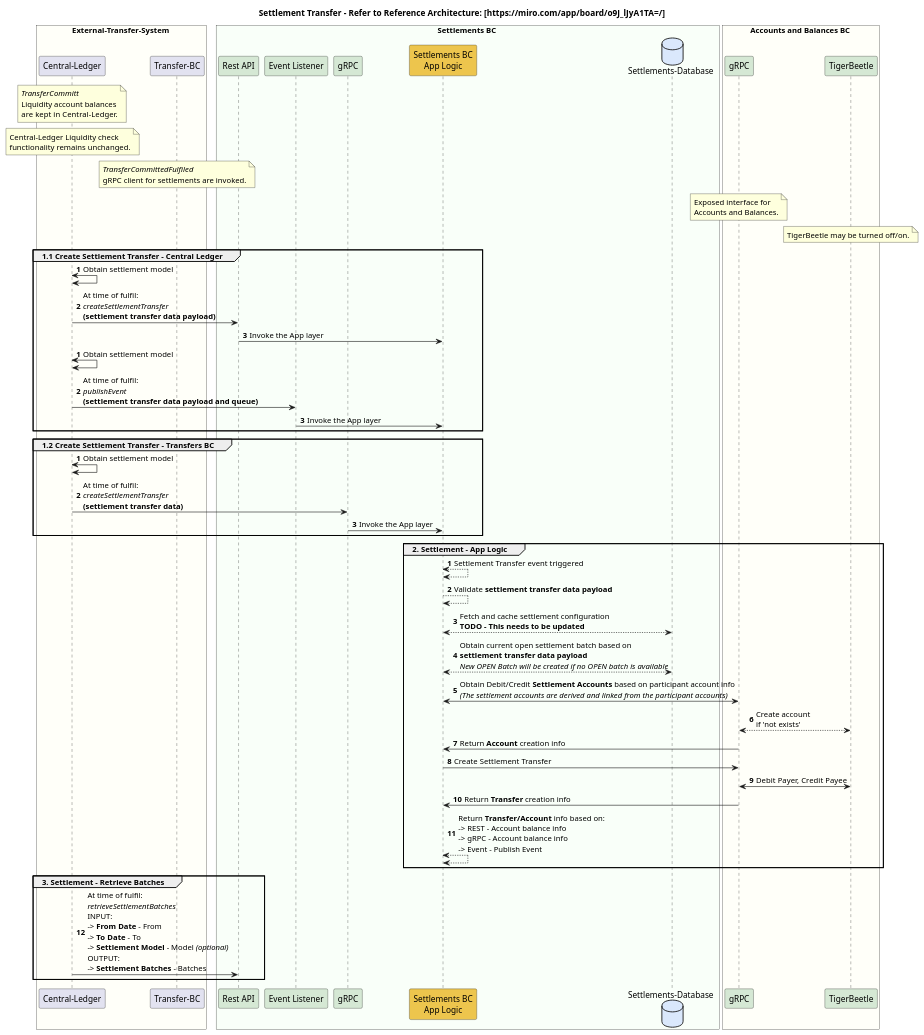
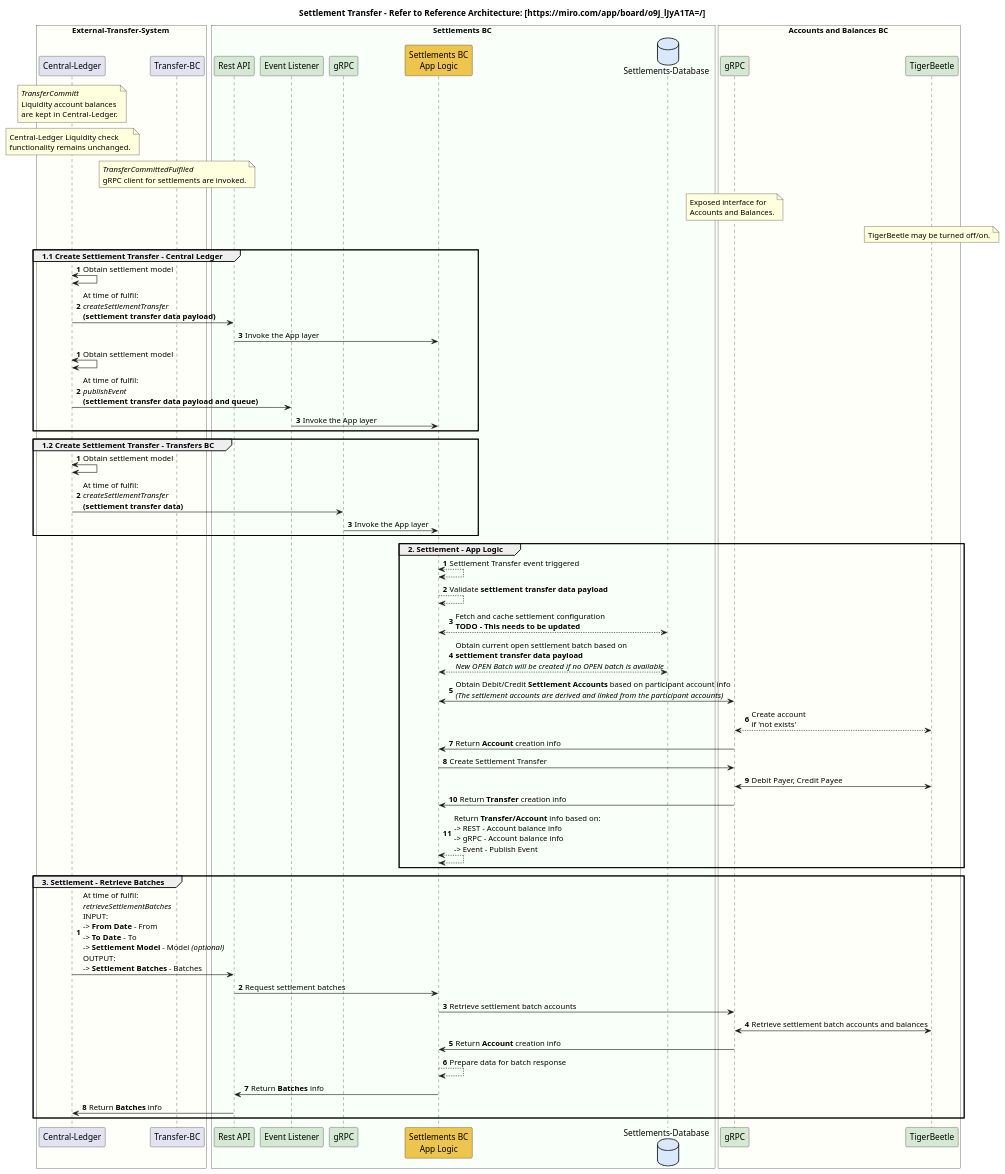
The diagram in docs/flows/01-settlement-transfer.puml (mojaloop/settlements-bc), drawn with PlantUML before and after one commit. The commit also changed 1 other file, not shown here.

Commit message:
Flows dreft final for now

```diff
--- a/docs/flows/01-settlement-transfer.puml
+++ b/docs/flows/01-settlement-transfer.puml
@@ -1,82 +1,90 @@
 @startuml
 
 title Settlement Transfer - Refer to Reference Architecture: [https://miro.com/app/board/o9J_lJyA1TA=/]
 
 box External-Transfer-System #FFFFF9
     participant "Central-Ledger" as ext_cl
     note over ext_cl
         //TransferCommitt//
         Liquidity account balances
         are kept in Central-Ledger.
     end note
     note over ext_cl
         Central-Ledger Liquidity check
         functionality remains unchanged.
     end note
     participant "Transfer-BC" as ext_transfers_bc
     note over ext_transfers_bc
         //TransferCommittedFulfiled//
         gRPC client for settlements are invoked.
     end note
 end box
 
 box Settlements BC #F9FFF9
 	participant "Rest API" as sbc_rest #D5E8D4
 	participant "Event Listener" as sbc_event #D5E8D4
 	participant "gRPC" as sbc_grpc #D5E8D4
 	participant "Settlements BC\nApp Logic" as sbc_app_logic #EDC54D
 	database "Settlements-Database" as sbc_db #DAE8FC
 end box
 
 box Accounts and Balances BC #FFFFF9
     participant "gRPC" as abbc_grpc #D5E8D4
     participant "TigerBeetle" as abbc_tigerbeetle #D5E8D4
     note over abbc_grpc
         Exposed interface for
         Accounts and Balances.
     end note
     note over abbc_tigerbeetle
         TigerBeetle may be turned off/on.
     end note
 end box
 
 group 1.1 Create Settlement Transfer - Central Ledger
 autonumber
     ext_cl <-> ext_cl : Obtain settlement model
     ext_cl -> sbc_rest : At time of fulfil:\n//createSettlementTransfer// \n**(settlement transfer data payload)**
     sbc_rest -> sbc_app_logic : Invoke the App layer
 autonumber
     ext_cl <-> ext_cl : Obtain settlement model
     ext_cl -> sbc_event : At time of fulfil:\n//publishEvent// \n**(settlement transfer data payload and queue)**
     sbc_event -> sbc_app_logic : Invoke the App layer
 end
 
 group 1.2 Create Settlement Transfer - Transfers BC
 autonumber
     ext_cl <-> ext_cl : Obtain settlement model
     ext_cl -> sbc_grpc : At time of fulfil:\n//createSettlementTransfer// \n**(settlement transfer data)**
     sbc_grpc -> sbc_app_logic : Invoke the App layer
 end
 
 group 2. Settlement - App Logic
 autonumber
     sbc_app_logic <--> sbc_app_logic: Settlement Transfer event triggered
     sbc_app_logic --> sbc_app_logic : Validate **settlement transfer data payload**
     sbc_app_logic <--> sbc_db : Fetch and cache settlement configuration\n**TODO - This needs to be updated**
     sbc_app_logic <--> sbc_db : Obtain current open settlement batch based on \n**settlement transfer data payload**\n//New OPEN Batch will be created if no OPEN batch is available//
     sbc_app_logic <-> abbc_grpc : Obtain Debit/Credit **Settlement Accounts** based on participant account info\n//(The settlement accounts are derived and linked from the participant accounts)//
     abbc_grpc <--> abbc_tigerbeetle : Create account \nif 'not exists'
     abbc_grpc -> sbc_app_logic : Return **Account** creation info
     sbc_app_logic -> abbc_grpc: Create Settlement Transfer
     abbc_grpc <-> abbc_tigerbeetle: Debit Payer, Credit Payee
     abbc_grpc -> sbc_app_logic : Return **Transfer** creation info
     sbc_app_logic <--> sbc_app_logic: Return **Transfer/Account** info based on: \n-> REST - Account balance info\n-> gRPC - Account balance info\n-> Event - Publish Event
 end
 
 group 3. Settlement - Retrieve Batches
+autonumber
     ext_cl -> sbc_rest : At time of fulfil:\n//retrieveSettlementBatches// \nINPUT:\n-> **From Date** - From\n-> **To Date** - To\n-> **Settlement Model** - Model //(optional)//\nOUTPUT:\n-> **Settlement Batches** - Batches
+    sbc_rest -> sbc_app_logic : Request settlement batches
+    sbc_app_logic -> abbc_grpc : Retrieve settlement batch accounts
+    abbc_grpc <-> abbc_tigerbeetle : Retrieve settlement batch accounts and balances
+    abbc_grpc -> sbc_app_logic : Return **Account** creation info
+    sbc_app_logic --> sbc_app_logic : Prepare data for batch response
+    sbc_app_logic -> sbc_rest : Return **Batches** info
+    sbc_rest -> ext_cl : Return **Batches** info
 autonumber
 
 end
 
 @enduml
```
